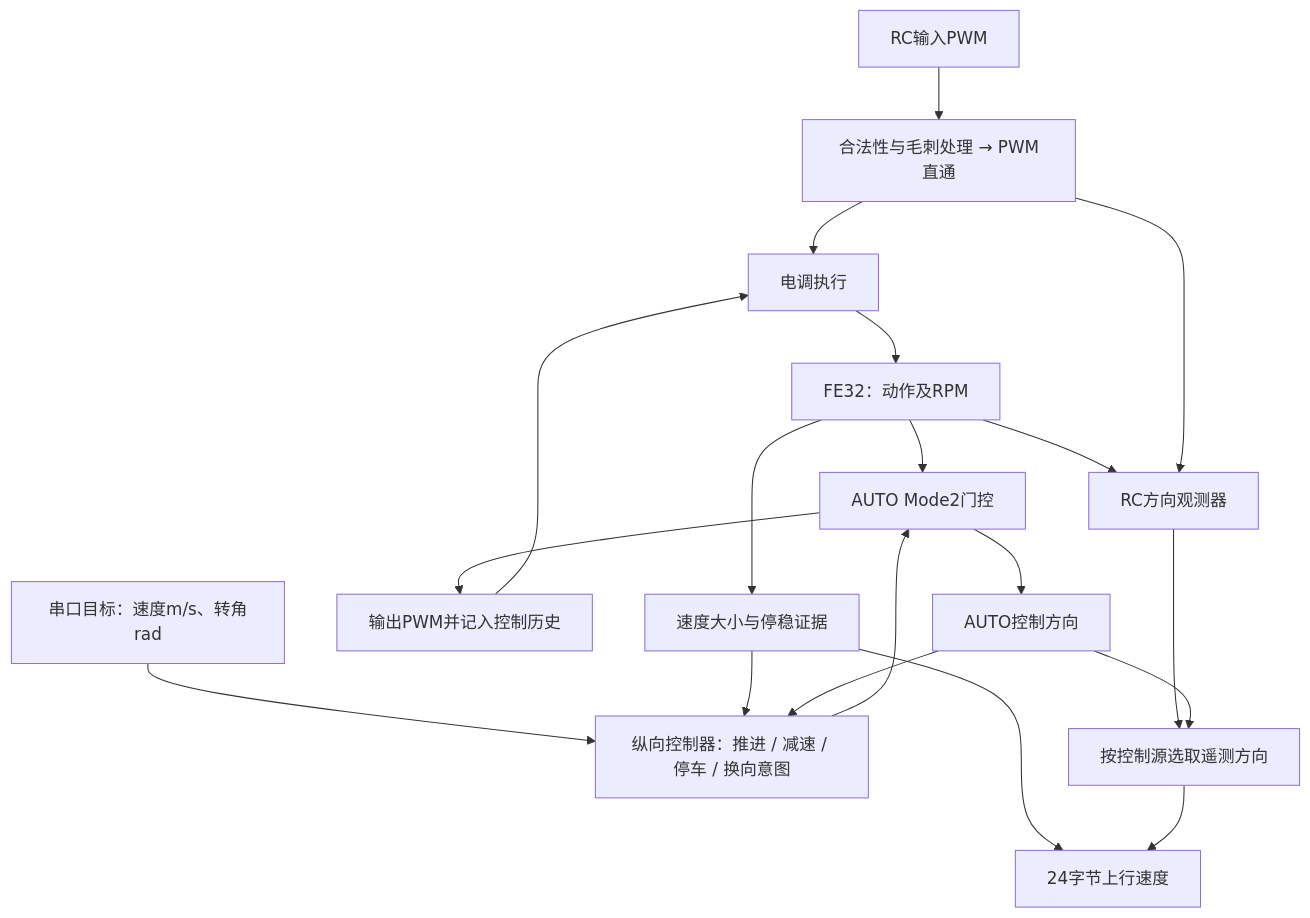
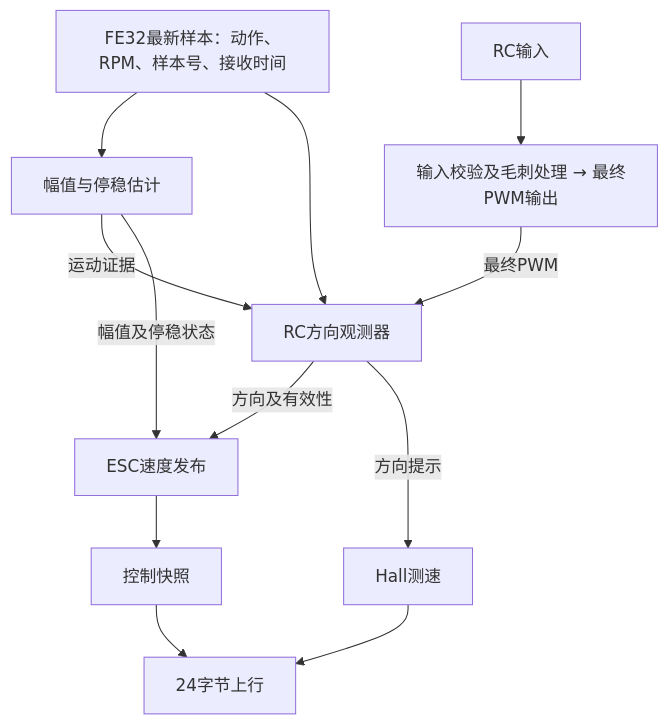
The first of 3 diagrams in docs/RC_DIRECTION_OBSERVER.md (XM-LEES/RCCar-Firmware), drawn with Mermaid before and after one commit. The commit also changed other lines of this file and 1 other file, not shown here.

````diff
--- a/docs/RC_DIRECTION_OBSERVER.md
+++ b/docs/RC_DIRECTION_OBSERVER.md
@@ -46,21 +21,14 @@
 ```mermaid
-flowchart TD
-    RC["RC输入PWM"] --> PASS["合法性与毛刺处理 → PWM直通"]
-    PASS --> MOTOR["电调执行"]
-    CMD["串口目标：速度m/s、转角rad"] --> CTRL["纵向控制器：推进 / 减速 / 停车 / 换向意图"]
-    CTRL --> GATE["AUTO Mode2门控"]
-    GATE --> OUT["输出PWM并记入控制历史"]
-    OUT --> MOTOR
-    MOTOR --> FE["FE32：动作及RPM"]
+flowchart TB
+    FE["FE32最新样本：动作、RPM、样本号、接收时间"] --> MAG["幅值与停稳估计"]
+    RC["RC输入"] --> OUT["输入校验及毛刺处理 → 最终PWM输出"]
     FE --> OBS["RC方向观测器"]
-    PASS --> OBS
-    FE --> GATE
-    FE --> MAG["速度大小与停稳证据"]
-    MAG --> CTRL
-    GATE --> AD["AUTO控制方向"]
-    AD --> CTRL
-    OBS --> SELECT["按控制源选取遥测方向"]
-    AD --> SELECT
-    MAG --> TEL["24字节上行速度"]
-    SELECT --> TEL
+    MAG -->|运动证据| OBS
+    OUT -->|最终PWM| OBS
+    OBS -->|方向及有效性| PUB["ESC速度发布"]
+    MAG -->|幅值及停稳状态| PUB
+    OBS -->|方向提示| HALL["Hall测速"]
+    PUB --> SNAP["控制快照"]
+    SNAP --> TX["24字节上行"]
+    HALL --> TX
 ```
````
